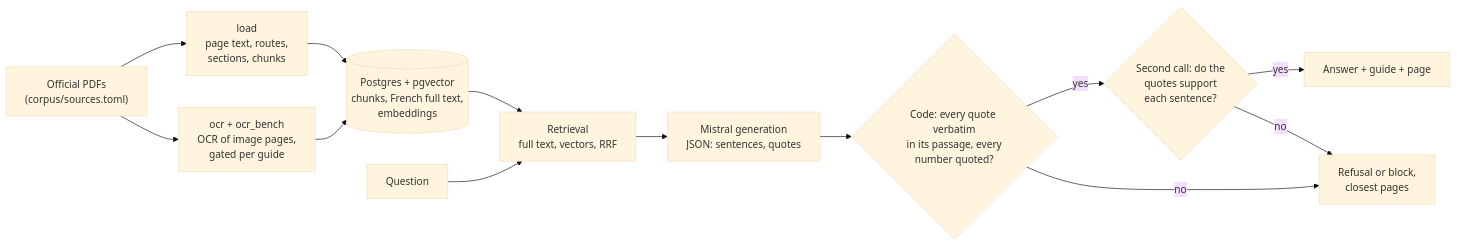
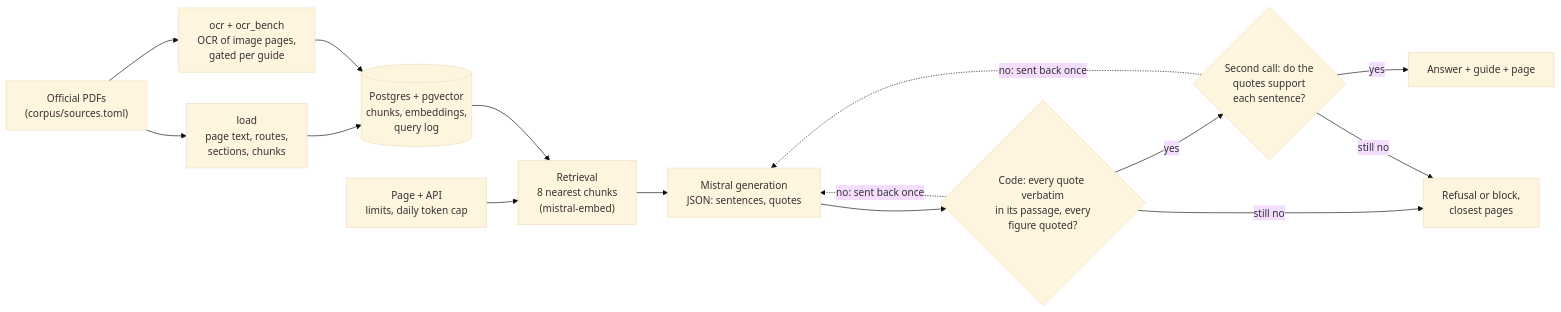
The diagram in README.md (gabrielkpo/secours-tech), drawn with Mermaid (base theme) before and after one commit. The commit also changed other lines of this file and 7 other files, not shown here.

````diff
--- a/README.md
+++ b/README.md
@@ -31,15 +30,17 @@
 ```mermaid
 flowchart LR
     A["Official PDFs<br/>(corpus/sources.toml)"] --> B["load<br/>page text, routes,<br/>sections, chunks"]
     A --> O["ocr + ocr_bench<br/>OCR of image pages,<br/>gated per guide"]
-    B --> D[("Postgres + pgvector<br/>chunks, French full text,<br/>embeddings")]
+    B --> D[("Postgres + pgvector<br/>chunks, embeddings,<br/>query log")]
     O --> D
-    Q["Question"] --> R["Retrieval<br/>full text, vectors, RRF"]
+    U["Page + API<br/>limits, daily token cap"] --> R["Retrieval<br/>8 nearest chunks<br/>(mistral-embed)"]
     D --> R
     R --> M["Mistral generation<br/>JSON: sentences, quotes"]
-    M --> V{"Code: every quote verbatim<br/>in its passage, every<br/>number quoted?"}
+    M --> V{"Code: every quote verbatim<br/>in its passage, every<br/>figure quoted?"}
     V -->|yes| W{"Second call: do the<br/>quotes support<br/>each sentence?"}
-    V -->|no| NO["Refusal or block,<br/>closest pages"]
+    V -.->|no: sent back once| M
+    W -.->|no: sent back once| M
     W -->|yes| OK["Answer + guide + page"]
-    W -->|no| NO
+    V -->|still no| NO["Refusal or block,<br/>closest pages"]
+    W -->|still no| NO
 ```
````
